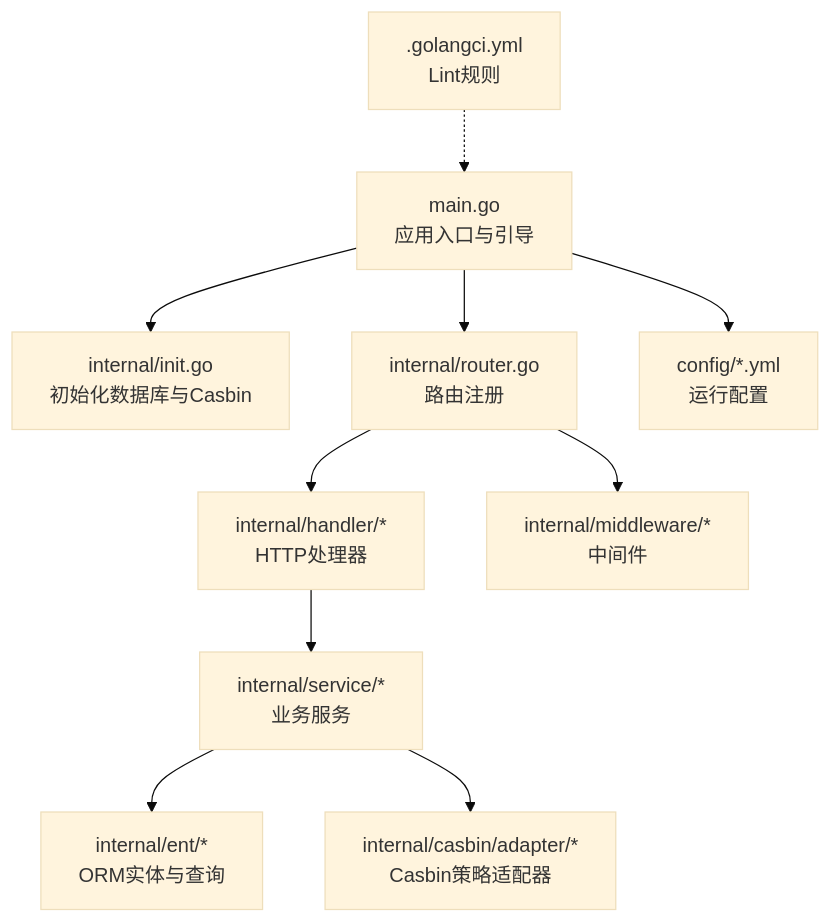
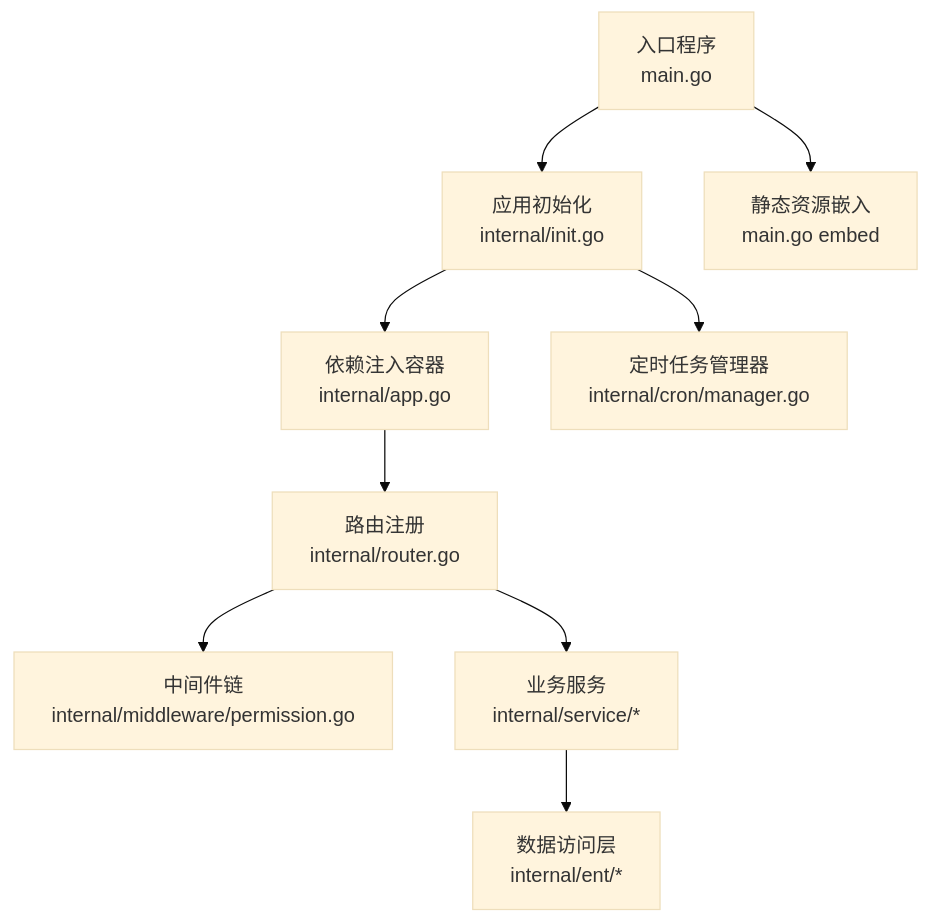
The first of 7 diagrams in .qoder/repowiki/zh/content/开发指南/开发指南.md (wuwuseo/e-sports-go-admin), drawn with Mermaid (base theme) before and after one commit. The commit also changed other lines of this file and 141 other files, not shown here.

````diff
--- a/.qoder/repowiki/zh/content/开发指南/开发指南.md
+++ b/.qoder/repowiki/zh/content/开发指南/开发指南.md
@@ -46,12 +55,11 @@
 ```mermaid
 graph TB
-A["main.go<br/>应用入口与引导"] --> B["internal/init.go<br/>初始化数据库与Casbin"]
-A --> C["internal/router.go<br/>路由注册"]
-C --> D["internal/handler/*<br/>HTTP处理器"]
-C --> E["internal/middleware/*<br/>中间件"]
-D --> F["internal/service/*<br/>业务服务"]
-F --> G["internal/ent/*<br/>ORM实体与查询"]
-F --> H["internal/casbin/adapter/*<br/>Casbin策略适配器"]
-A --> I["config/*.yml<br/>运行配置"]
-J[".golangci.yml<br/>Lint规则"] -.-> A
+A["入口程序<br/>main.go"] --> B["应用初始化<br/>internal/init.go"]
+B --> C["依赖注入容器<br/>internal/app.go"]
+C --> D["路由注册<br/>internal/router.go"]
+D --> E["中间件链<br/>internal/middleware/permission.go"]
+D --> F["业务服务<br/>internal/service/*"]
+F --> G["数据访问层<br/>internal/ent/*"]
+B --> H["定时任务管理器<br/>internal/cron/manager.go"]
+A --> I["静态资源嵌入<br/>main.go embed"]
 ```
````
